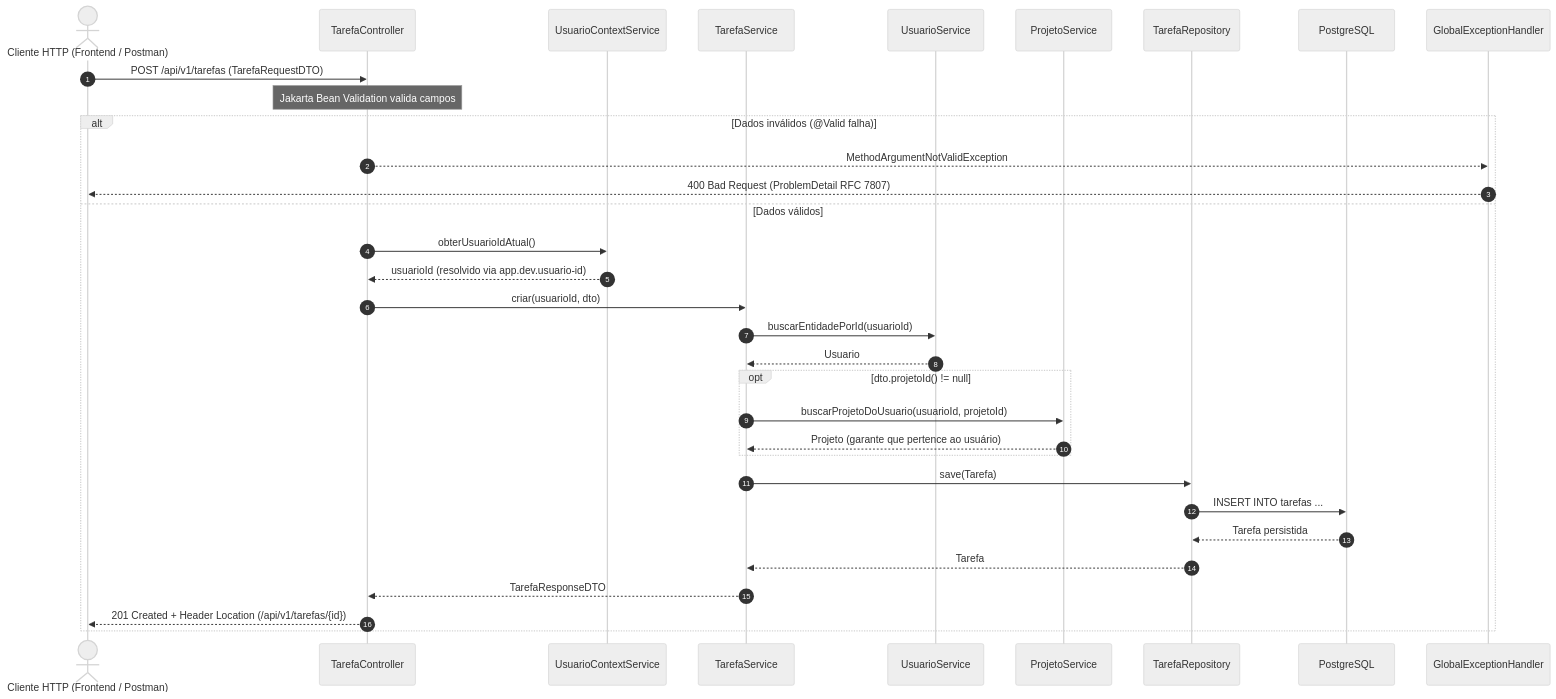
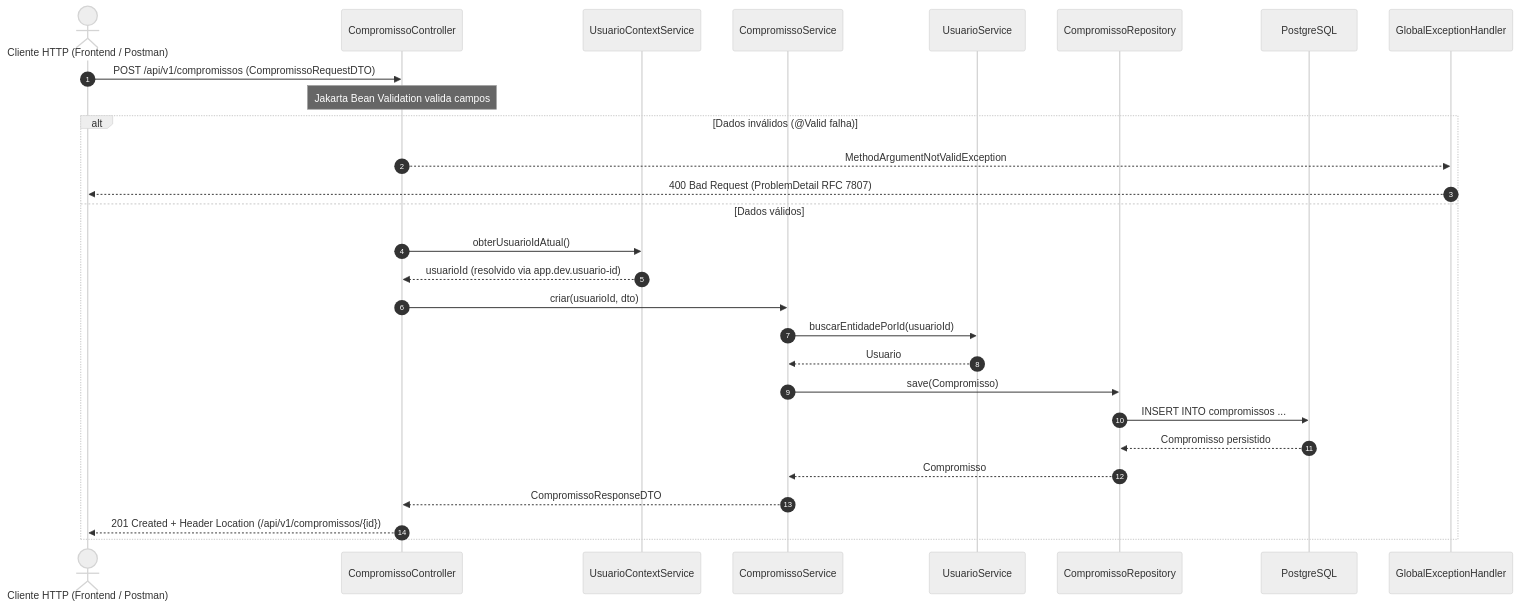
The first of 2 diagrams in docs/GUIA_TECNICO.md (ItsMazzu/intelliplan), drawn with Mermaid (neutral theme) before and after one commit. The commit also changed other lines of this file and 3 other files, not shown here.

````diff
--- a/docs/GUIA_TECNICO.md
+++ b/docs/GUIA_TECNICO.md
@@ -90,36 +91,31 @@
 ```mermaid
 sequenceDiagram
     autonumber
     actor Cliente as Cliente HTTP (Frontend / Postman)
-    participant Ctrl as TarefaController
+    participant Ctrl as CompromissoController
     participant Ctx as UsuarioContextService
-    participant Svc as TarefaService
+    participant Svc as CompromissoService
     participant UsrSvc as UsuarioService
-    participant ProjSvc as ProjetoService
-    participant Repo as TarefaRepository
+    participant Repo as CompromissoRepository
     participant DB as PostgreSQL
     participant Exc as GlobalExceptionHandler
 
-    Cliente->>Ctrl: POST /api/v1/tarefas (TarefaRequestDTO)
+    Cliente->>Ctrl: POST /api/v1/compromissos (CompromissoRequestDTO)
     Note over Ctrl: Jakarta Bean Validation valida campos
     alt Dados inválidos (@Valid falha)
         Ctrl-->>Exc: MethodArgumentNotValidException
         Exc-->>Cliente: 400 Bad Request (ProblemDetail RFC 7807)
     else Dados válidos
         Ctrl->>Ctx: obterUsuarioIdAtual()
         Ctx-->>Ctrl: usuarioId (resolvido via app.dev.usuario-id)
         Ctrl->>Svc: criar(usuarioId, dto)
         Svc->>UsrSvc: buscarEntidadePorId(usuarioId)
         UsrSvc-->>Svc: Usuario
-        opt dto.projetoId() != null
-            Svc->>ProjSvc: buscarProjetoDoUsuario(usuarioId, projetoId)
-            ProjSvc-->>Svc: Projeto (garante que pertence ao usuário)
-        end
-        Svc->>Repo: save(Tarefa)
-        Repo->>DB: INSERT INTO tarefas ...
-        DB-->>Repo: Tarefa persistida
-        Repo-->>Svc: Tarefa
-        Svc-->>Ctrl: TarefaResponseDTO
-        Ctrl-->>Cliente: 201 Created + Header Location (/api/v1/tarefas/{id})
+        Svc->>Repo: save(Compromisso)
+        Repo->>DB: INSERT INTO compromissos ...
+        DB-->>Repo: Compromisso persistido
+        Repo-->>Svc: Compromisso
+        Svc-->>Ctrl: CompromissoResponseDTO
+        Ctrl-->>Cliente: 201 Created + Header Location (/api/v1/compromissos/{id})
     end
 ```
````
